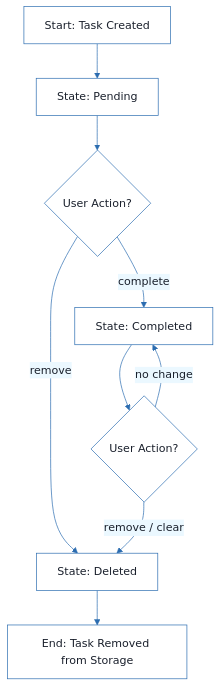
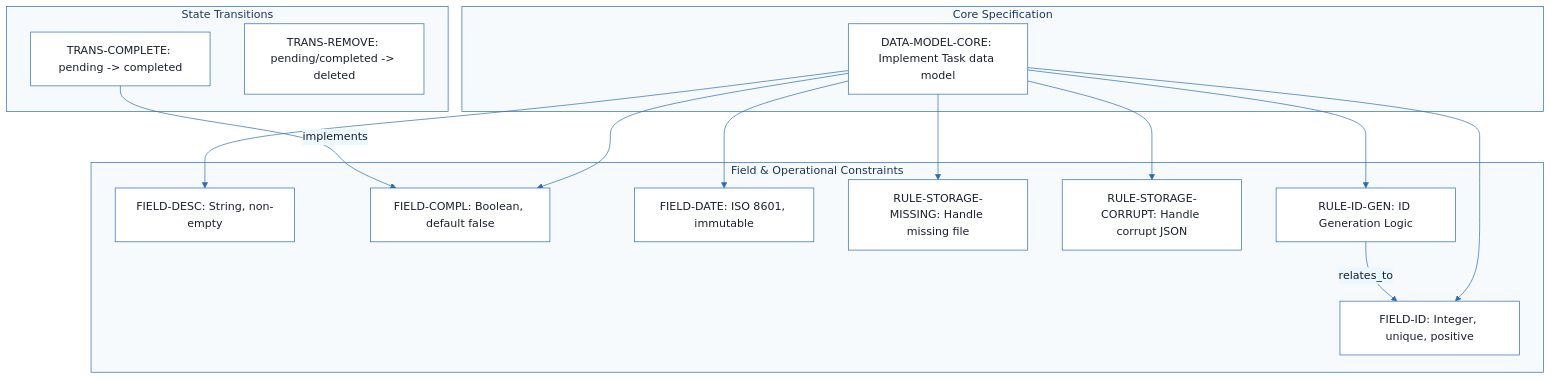
One commit to abir-ommezzine/extension-github-spec-kit changed the third of 7 diagrams in outputs/001-cli-todo-manager/markdowns/data-model_v1.0_doc.md. Above: the diagram before and after it, drawn with Mermaid. The commit also changed other lines of this file and 145 other files, not shown here.

````diff
--- a/outputs/001-cli-todo-manager/markdowns/data-model_v1.0_doc.md
+++ b/outputs/001-cli-todo-manager/markdowns/data-model_v1.0_doc.md
@@ -158,54 +164,71 @@
 ```mermaid
 %%{init: {
   'theme': 'base',
   'themeVariables': {
     'primaryColor': '#1A365D',
     'primaryTextColor': '#1A202C',
     'primaryBorderColor': '#2B6CB0',
     'lineColor': '#2B6CB0',
     'secondaryColor': '#EBF8FF',
     'tertiaryColor': '#EBF8FF',
     'background': '#FFFFFF',
     'mainBkg': '#FFFFFF',
     'secondBkg': '#EBF8FF',
     'tertiaryBkg': '#F7FAFC',
     'secondaryTextColor': '#4A5568',
     'fontSize': '16px',
     'fontFamily': 'Inter, system-ui, sans-serif',
     'nodePadding': '15px',
     'borderRadius': '8px',
     'edgeLabelBackground': '#EBF8FF',
     'clusterBkg': '#F7FAFC',
     'clusterBorder': '#2B6CB0',
     'defaultLinkColor': '#2B6CB0',
     'titleColor': '#1A365D',
     'actorBorder': '#2B6CB0',
     'actorBkg': '#EBF8FF',
     'actorTextColor': '#1A365D',
     'actorLineColor': '#2B6CB0',
     'signalColor': '#2B6CB0',
     'signalTextColor': '#1A202C',
     'labelBoxBorderColor': '#2B6CB0',
     'labelBoxBkgColor': '#EBF8FF',
     'labelTextColor': '#1A202C',
     'loopTextColor': '#1A202C',
     'arrowHeadColor': '#2B6CB0',
     'sequenceNumberColor': '#1A365D',
     'sequenceActorBorder': '#2B6CB0',
     'sequenceActorBkg': '#EBF8FF',
     'sequenceArrowColor': '#2B6CB0',
     'noteBkgColor': '#FFF5EB',
     'noteBorderColor': '#DD6B20',
     'noteTextColor': '#1A202C'
   }
 }}%%
 flowchart TD
-    START["Start: Task Created"] --> PENDING["State: Pending"]
-    PENDING --> ACTION_COMP{"User Action?"}
-    ACTION_COMP -- "complete <id>" --> COMPLETED["State: Completed"]
-    ACTION_COMP -- "remove <id>" --> DELETED["State: Deleted"]
-    COMPLETED --> ACTION_REM{"User Action?"}
-    ACTION_REM -- "remove <id> / clear" --> DELETED
-    ACTION_REM -- "no change" --> COMPLETED
-    DELETED --> END["End: Task Removed from Storage"]
+    subgraph Core_Model [Core Specification]
+        DATA-MODEL-CORE["DATA-MODEL-CORE: Implement Task data model"]
+    end
+    subgraph Constraints [Field & Operational Constraints]
+        FIELD-ID["FIELD-ID: Integer, unique, positive"]
+        FIELD-DESC["FIELD-DESC: String, non-empty"]
+        FIELD-COMPL["FIELD-COMPL: Boolean, default false"]
+        FIELD-DATE["FIELD-DATE: ISO 8601, immutable"]
+        RULE-STORAGE-MISSING["RULE-STORAGE-MISSING: Handle missing file"]
+        RULE-STORAGE-CORRUPT["RULE-STORAGE-CORRUPT: Handle corrupt JSON"]
+        RULE-ID-GEN["RULE-ID-GEN: ID Generation Logic"]
+    end
+    subgraph Transitions [State Transitions]
+        TRANS-COMPLETE["TRANS-COMPLETE: pending -> completed"]
+        TRANS-REMOVE["TRANS-REMOVE: pending/completed -> deleted"]
+    end
+    DATA-MODEL-CORE --> FIELD-ID
+    DATA-MODEL-CORE --> FIELD-DESC
+    DATA-MODEL-CORE --> FIELD-COMPL
+    DATA-MODEL-CORE --> FIELD-DATE
+    DATA-MODEL-CORE --> RULE-STORAGE-MISSING
+    DATA-MODEL-CORE --> RULE-STORAGE-CORRUPT
+    DATA-MODEL-CORE --> RULE-ID-GEN
+    TRANS-COMPLETE -->|"implements"| FIELD-COMPL
+    RULE-ID-GEN -->|"relates_to"| FIELD-ID
 ```
````
